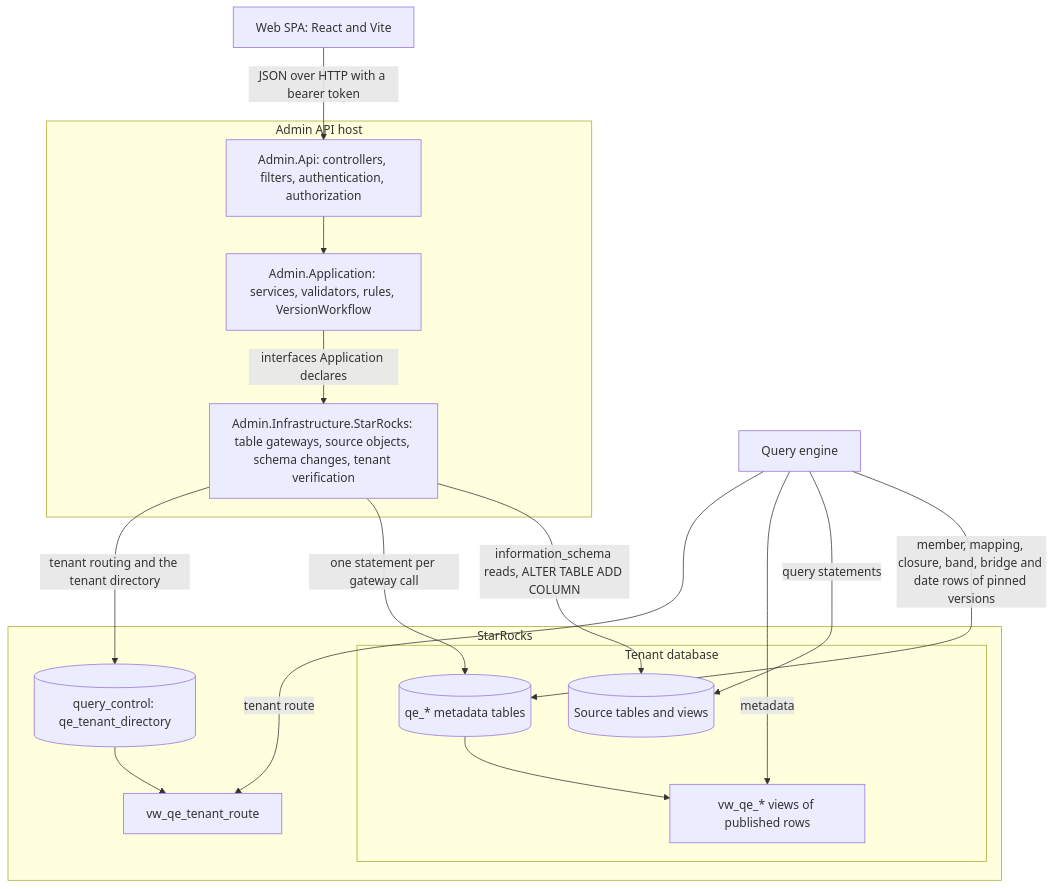
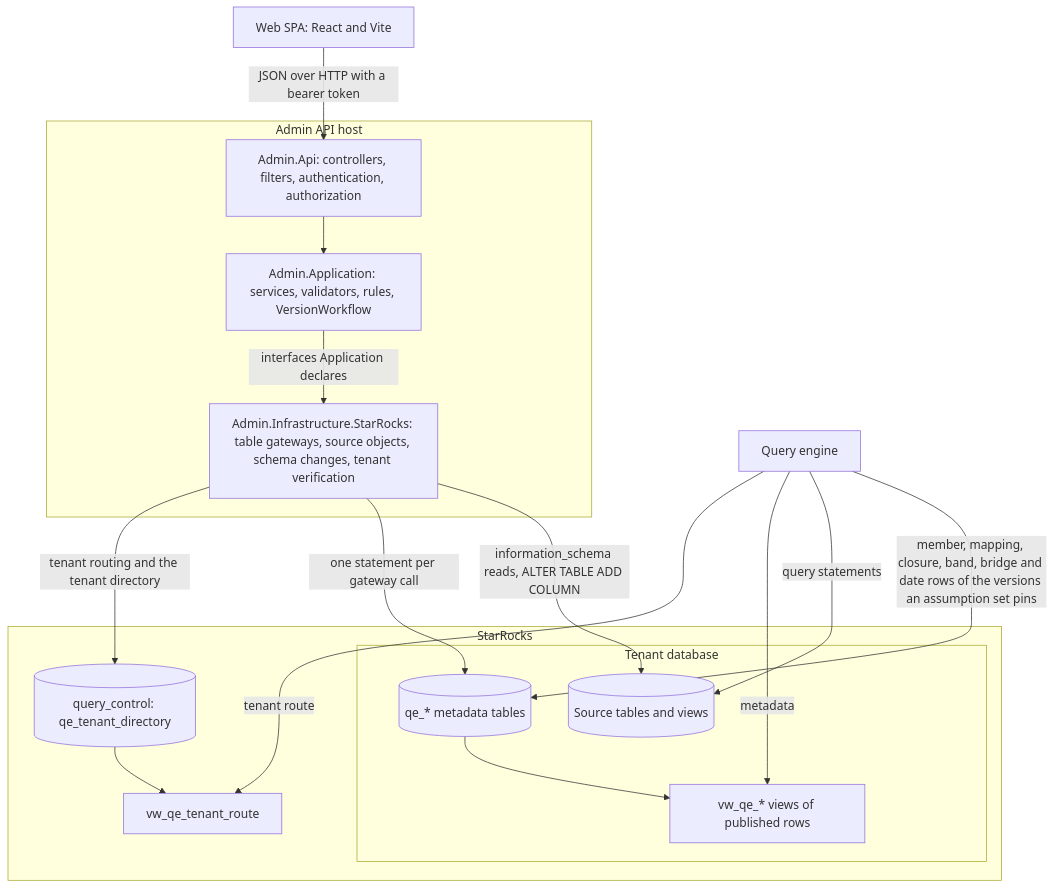
One commit to chrisaliotta/Quantalytix.QueryEngine.Admin changed the first of 3 diagrams in api/docs/architecture/01-architecture.md. Above: the diagram before and after it, drawn with Mermaid. The commit also changed other lines of this file and 390 other files, not shown here.

First line of the commit message:
feat: enhance API documentation and architecture for versioning and assumption sets

````diff
--- a/api/docs/architecture/01-architecture.md
+++ b/api/docs/architecture/01-architecture.md
@@ -9,31 +9,31 @@
 ```mermaid
 flowchart TB
     Spa["Web SPA: React and Vite"]
     subgraph AdminHost [Admin API host]
         Api["Admin.Api: controllers, filters, authentication, authorization"]
         App["Admin.Application: services, validators, rules, VersionWorkflow"]
         Infra["Admin.Infrastructure.StarRocks: table gateways, source objects, schema changes, tenant verification"]
     end
     subgraph Cluster [StarRocks]
         Control[("query_control: qe_tenant_directory")]
         RouteView["vw_qe_tenant_route"]
         subgraph TenantDatabase [Tenant database]
             QeTables[("qe_* metadata tables")]
             SourceTables[("Source tables and views")]
             Views["vw_qe_* views of published rows"]
         end
     end
     Engine["Query engine"]
     Spa -->|"JSON over HTTP with a bearer token"| Api
     Api --> App
     App -->|"interfaces Application declares"| Infra
     Infra -->|"tenant routing and the tenant directory"| Control
     Infra -->|"one statement per gateway call"| QeTables
     Infra -->|"information_schema reads, ALTER TABLE ADD COLUMN"| SourceTables
     Control --> RouteView
     QeTables --> Views
     Engine -->|"tenant route"| RouteView
     Engine -->|"metadata"| Views
     Engine -->|"query statements"| SourceTables
-    Engine -->|"member, mapping, closure, band, bridge and date rows of pinned versions"| QeTables
+    Engine -->|"member, mapping, closure, band, bridge and date rows of the versions an assumption set pins"| QeTables
 ```
````
